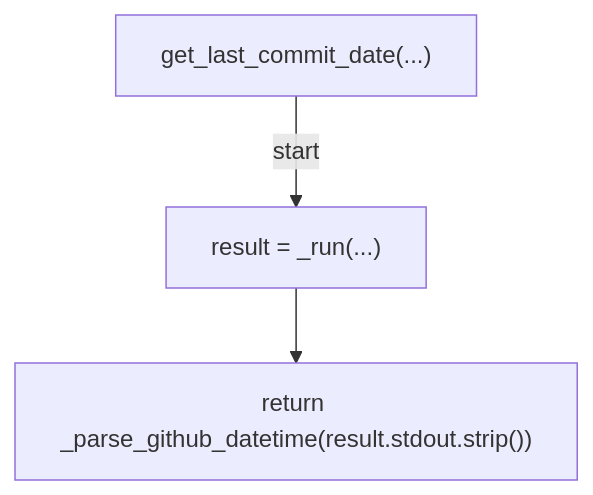
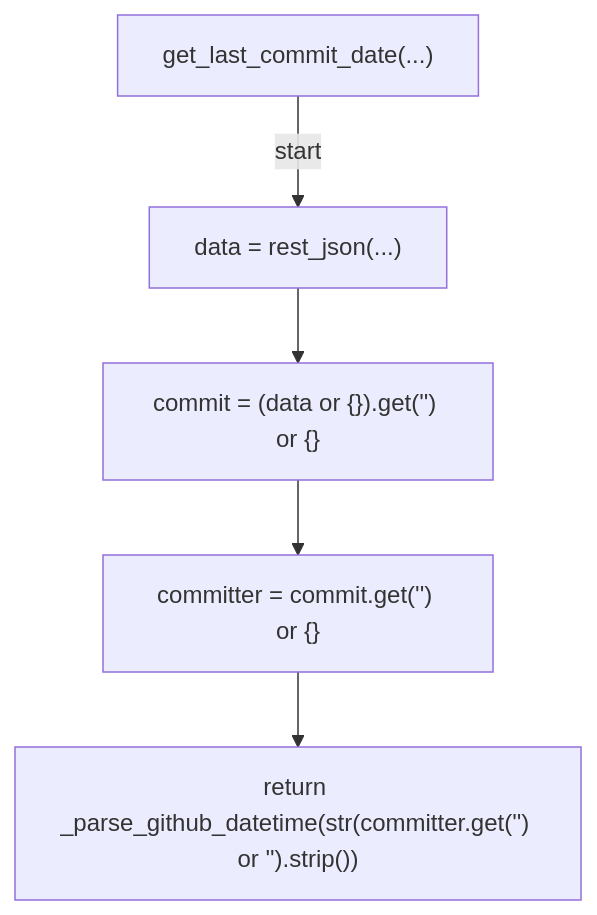
The eighth of 25 diagrams in docs/generated/scripts/ast/branch_cleanup.md (tvna/claude-md), drawn with Mermaid before and after one commit. The commit also changed other lines of this file and 15 other files, not shown here.

First line of the commit message:
docs(generated): regenerate decision tree and workflow diagrams

````diff
--- a/docs/generated/scripts/ast/branch_cleanup.md
+++ b/docs/generated/scripts/ast/branch_cleanup.md
@@ -101,8 +108,12 @@
 ```mermaid
 flowchart TD
     N001["get_last_commit_date(...)"]
-    N002["result = _run(...)"]
-    N003["return _parse_github_datetime(result.stdout.strip())"]
+    N002["data = rest_json(...)"]
+    N003["commit = (data or {}).get('<str>') or {}"]
+    N004["committer = commit.get('<str>') or {}"]
+    N005["return _parse_github_datetime(str(committer.get('<str>') or '<str>').strip())"]
     N001 -->|"start"| N002
     N002 --> N003
+    N003 --> N004
+    N004 --> N005
 ```
````
